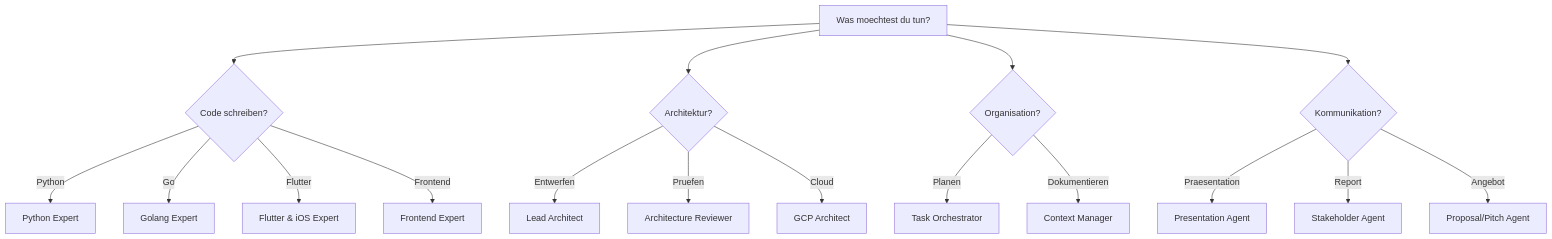
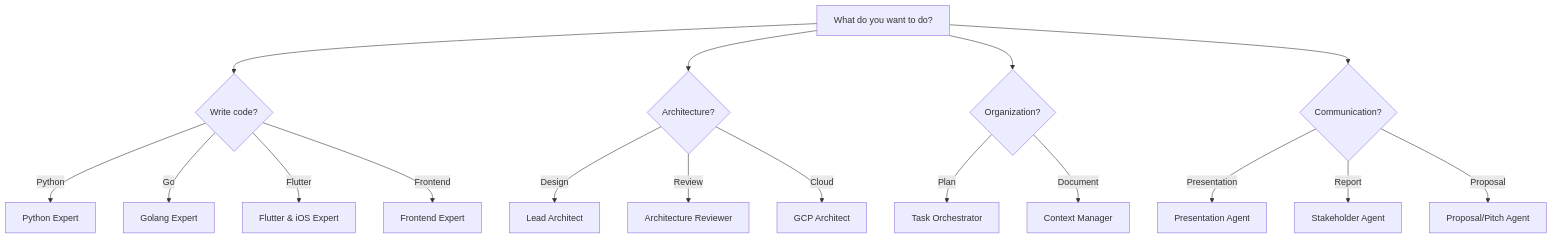
The second of 2 diagrams in assets/mkdocs/agents/index.md (atstaeff/ai-agents), drawn with Mermaid before and after one commit. The commit also changed other lines of this file and 17 other files, not shown here.

````diff
--- a/assets/mkdocs/agents/index.md
+++ b/assets/mkdocs/agents/index.md
@@ -78,19 +224,19 @@
 ```mermaid
 graph TD
-    A[Was moechtest du tun?] --> B{Code schreiben?}
+    A[What do you want to do?] --> B{Write code?}
     B -->|Python| C[Python Expert]
     B -->|Go| D[Golang Expert]
     B -->|Flutter| E["Flutter & iOS Expert"]
     B -->|Frontend| F[Frontend Expert]
-    A --> G{Architektur?}
-    G -->|Entwerfen| H[Lead Architect]
-    G -->|Pruefen| I[Architecture Reviewer]
+    A --> G{Architecture?}
+    G -->|Design| H[Lead Architect]
+    G -->|Review| I[Architecture Reviewer]
     G -->|Cloud| J[GCP Architect]
-    A --> K{Organisation?}
-    K -->|Planen| L[Task Orchestrator]
-    K -->|Dokumentieren| M[Context Manager]
-    A --> N{Kommunikation?}
-    N -->|Praesentation| O[Presentation Agent]
+    A --> K{Organization?}
+    K -->|Plan| L[Task Orchestrator]
+    K -->|Document| M[Context Manager]
+    A --> N{Communication?}
+    N -->|Presentation| O[Presentation Agent]
     N -->|Report| P[Stakeholder Agent]
-    N -->|Angebot| Q["Proposal/Pitch Agent"]
+    N -->|Proposal| Q["Proposal/Pitch Agent"]
 ```
````
